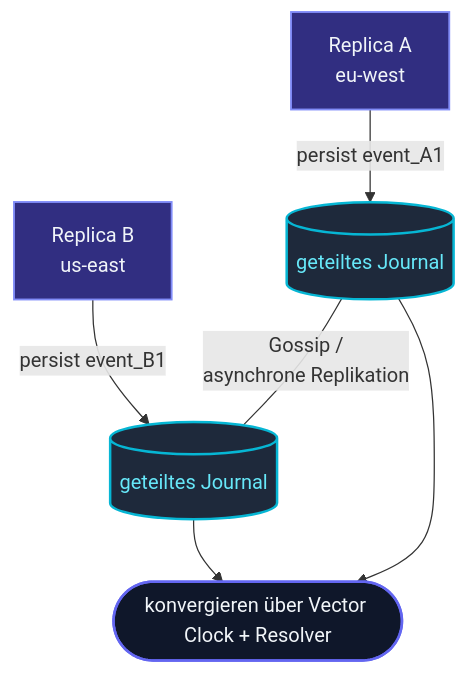
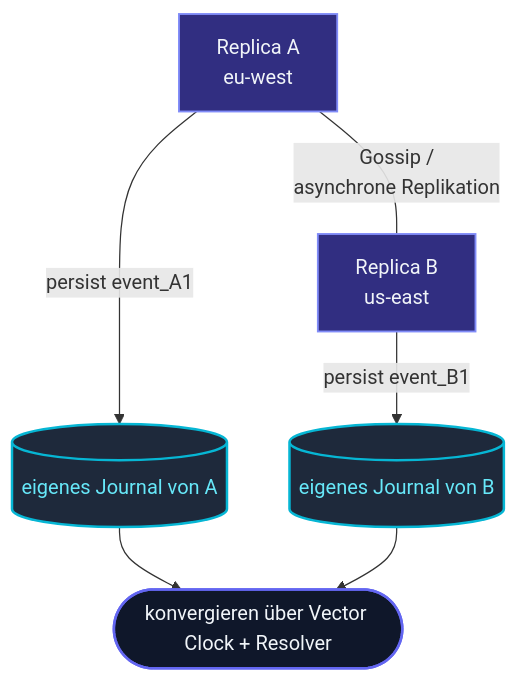
The diagram in docs/src/content/docs/de/persistence/replicated-event-sourcing/overview.mdx (pathosDev/actor-ts), drawn with Mermaid before and after one commit. The commit also changed other lines of this file and 7 other files, not shown here.

````diff
--- a/docs/src/content/docs/de/persistence/replicated-event-sourcing/overview.mdx
+++ b/docs/src/content/docs/de/persistence/replicated-event-sourcing/overview.mdx
@@ -19,19 +19,19 @@
 ```mermaid
 flowchart TB
   A["Replica A<br/>eu-west"]
   B["Replica B<br/>us-east"]
-  JA[("geteiltes Journal")]
-  JB[("geteiltes Journal")]
+  JA[("eigenes Journal von A")]
+  JB[("eigenes Journal von B")]
   CONV(["konvergieren über Vector Clock + Resolver"])
   A -- "persist event_A1" --> JA
   B -- "persist event_B1" --> JB
-  JA -- "Gossip /<br/>asynchrone Replikation" --- JB
+  A -- "Gossip /<br/>asynchrone Replikation" --- B
   JA --> CONV
   JB --> CONV
   classDef replica fill:#312e81,stroke:#818cf8,stroke-width:1.5px,color:#f1f5f9;
   classDef store   fill:#1e293b,stroke:#06b6d4,stroke-width:2px,color:#67e8f9;
   classDef merge   fill:#0f172a,stroke:#6366f1,stroke-width:2px,color:#f1f5f9;
   class A,B replica
   class JA,JB store
   class CONV merge
 ```
````
